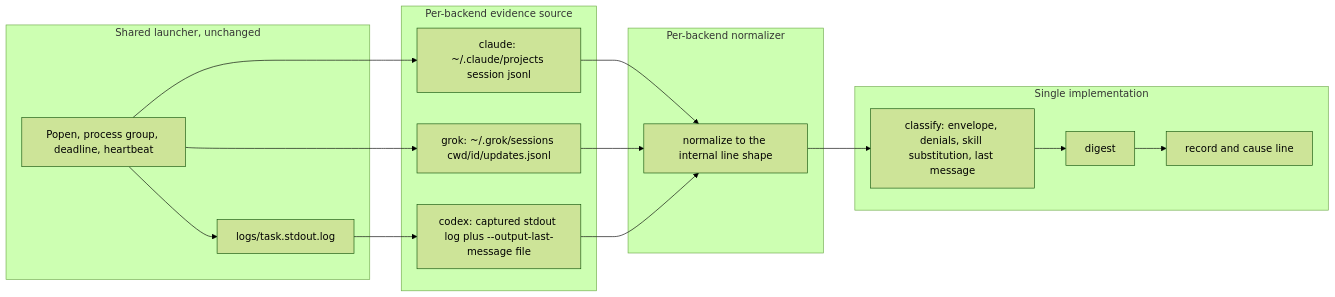
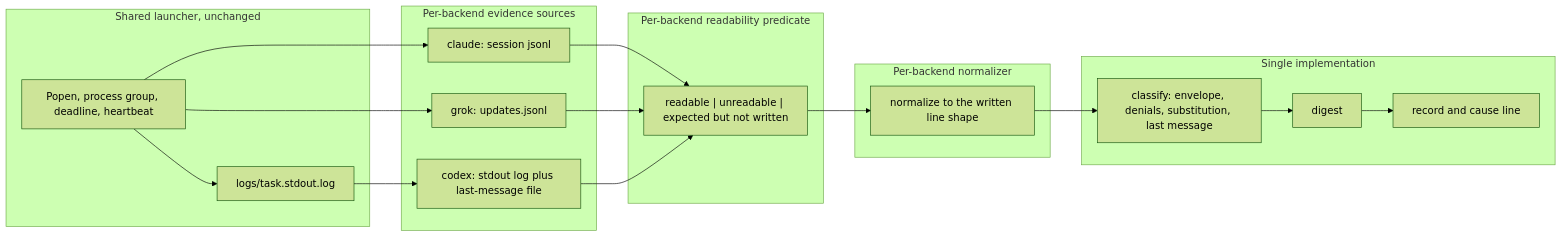
The second of 4 diagrams in docs/plans/2026-08-28-1101-feat-pluggable-cli-backends-plan.md (philgutowski/relay), drawn with Mermaid (forest theme) before and after one commit. The commit also changed other lines of this file, not shown here.

````diff
--- a/docs/plans/2026-08-28-1101-feat-pluggable-cli-backends-plan.md
+++ b/docs/plans/2026-08-28-1101-feat-pluggable-cli-backends-plan.md
@@ -284,28 +314,31 @@
 ```mermaid
 flowchart LR
   subgraph launch["Shared launcher, unchanged"]
     PG["Popen, process group, deadline, heartbeat"]
     LOG["logs/task.stdout.log"]
   end
-  subgraph src["Per-backend evidence source"]
-    CJ["claude: ~/.claude/projects session jsonl"]
-    GJ["grok: ~/.grok/sessions cwd/id/updates.jsonl"]
-    CX["codex: captured stdout log plus --output-last-message file"]
+  subgraph src["Per-backend evidence sources"]
+    CJ["claude: session jsonl"]
+    GJ["grok: updates.jsonl"]
+    CX["codex: stdout log plus last-message file"]
+  end
+  subgraph pred["Per-backend readability predicate"]
+    RD["readable | unreadable | expected but not written"]
   end
   subgraph norm["Per-backend normalizer"]
-    N["normalize to the internal line shape"]
+    N["normalize to the written line shape"]
   end
   subgraph shared["Single implementation"]
-    CLS["classify: envelope, denials, skill substitution, last message"]
+    CLS["classify: envelope, denials, substitution, last message"]
     DIG["digest"]
     REC["record and cause line"]
   end
   PG --> LOG
   LOG --> CX
   PG --> CJ
   PG --> GJ
-  CJ --> N
-  GJ --> N
-  CX --> N
-  N --> CLS --> DIG --> REC
+  CJ --> RD
+  GJ --> RD
+  CX --> RD
+  RD --> N --> CLS --> DIG --> REC
 ```
````
